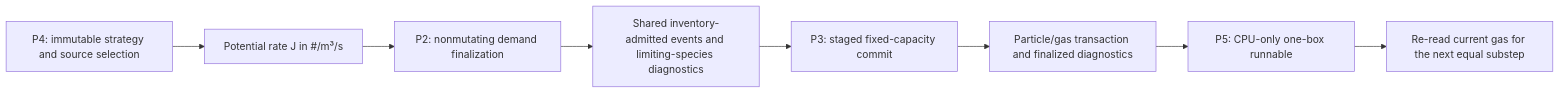
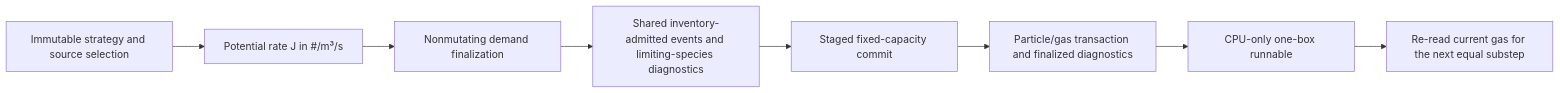
Before and after one commit to uncscode/particula: the second of 2 diagrams in docs/Theory/Technical/Dynamics/Nucleation_Equations.md, drawn with Mermaid. The commit also changed other lines of this file and 179 other files, not shown here.

````diff
--- a/docs/Theory/Technical/Dynamics/Nucleation_Equations.md
+++ b/docs/Theory/Technical/Dynamics/Nucleation_Equations.md
@@ -305,10 +305,10 @@
 ```mermaid
 flowchart LR
-    P4[P4: immutable strategy and source selection] --> R[Potential rate J in #/m³/s]
-    R --> P2[P2: nonmutating demand finalization]
-    P2 --> A[Shared inventory-admitted events and limiting-species diagnostics]
-    A --> P3[P3: staged fixed-capacity commit]
-    P3 --> T[Particle/gas transaction and finalized diagnostics]
-    T --> P5[P5: CPU-only one-box runnable]
-    P5 --> G[Re-read current gas for the next equal substep]
+    construction[Immutable strategy and source selection] --> rate[Potential rate J in #/m³/s]
+    rate --> planning[Nonmutating demand finalization]
+    planning --> admission[Shared inventory-admitted events and limiting-species diagnostics]
+    admission --> staging[Staged fixed-capacity commit]
+    staging --> transaction[Particle/gas transaction and finalized diagnostics]
+    transaction --> runnable[CPU-only one-box runnable]
+    runnable --> gas[Re-read current gas for the next equal substep]
 ```
````
